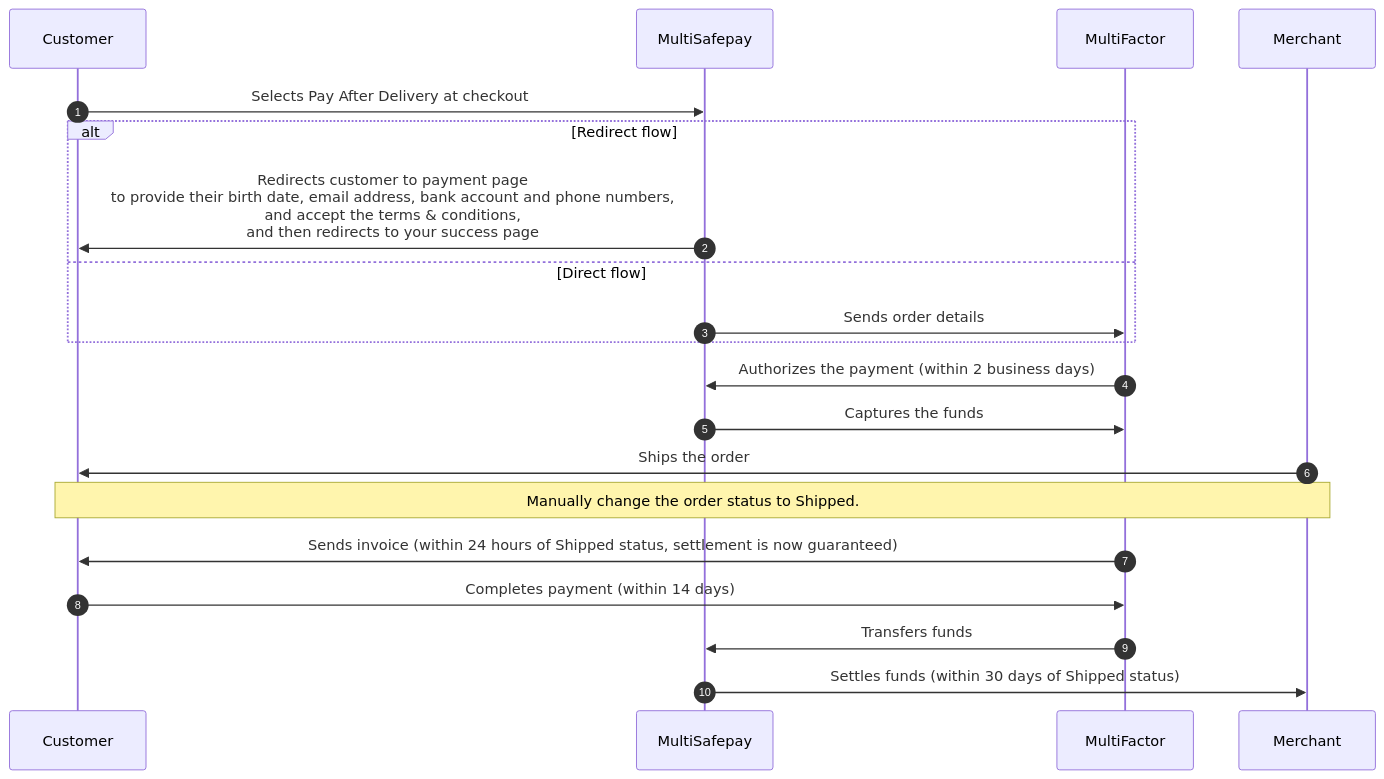
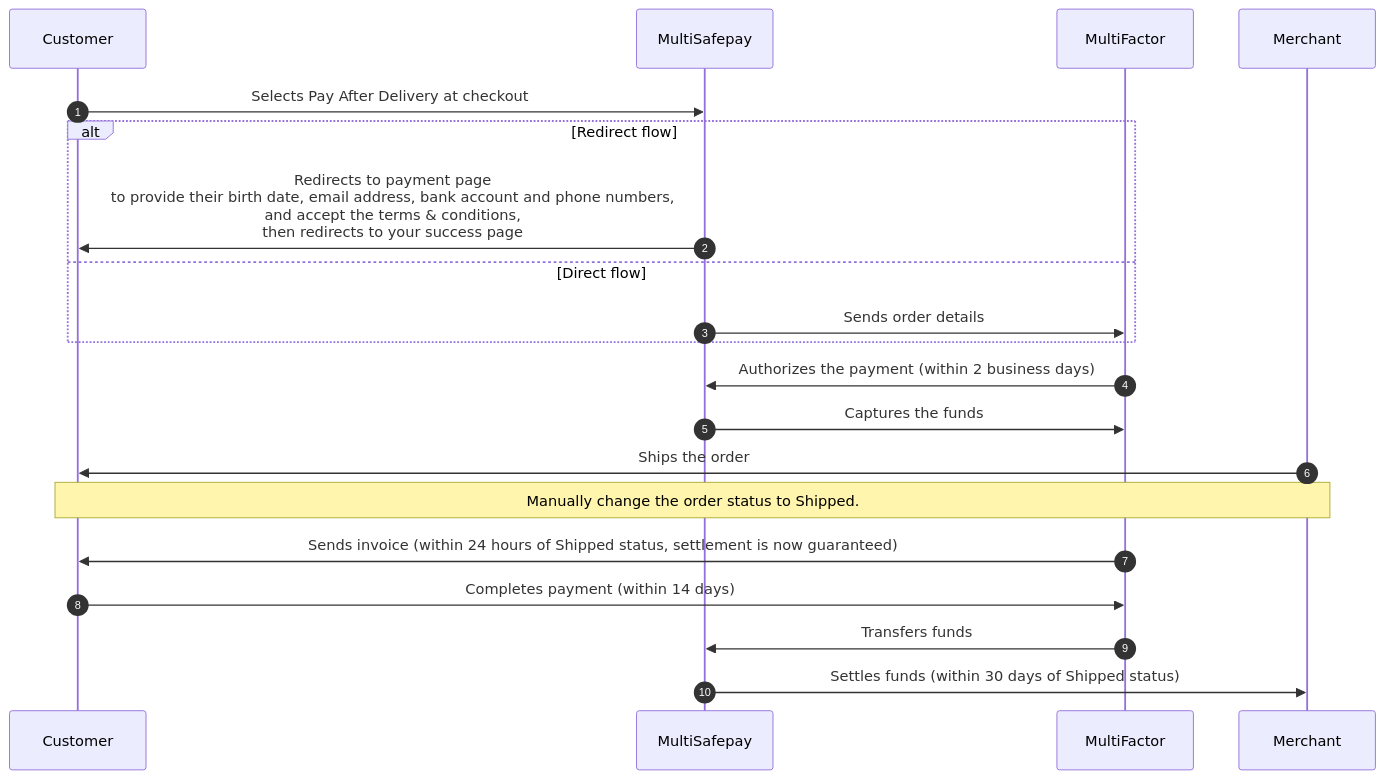
The diagram in content/payments/methods/pay-later/pay-after-delivery/payment-flow.md (MultiSafepay/docs), drawn with Mermaid before and after one commit. The commit also changed other lines of this file and 35 other files, not shown here.

```diff
--- a/content/payments/methods/pay-later/pay-after-delivery/payment-flow.md
+++ b/content/payments/methods/pay-later/pay-after-delivery/payment-flow.md
@@ -16,25 +16,25 @@
 {{< mermaid class="text-center" >}}
 
 sequenceDiagram
     autonumber
     participant C as Customer
     participant Mu as MultiSafepay
     participant MF as MultiFactor
     participant Me as Merchant
 
     C->>Mu: Selects Pay After Delivery at checkout
     alt Redirect flow
-    Mu->>C: Redirects customer to payment page <br> to provide their birth date, email address, bank account and phone numbers, <br> and accept the terms & conditions, <br> and then redirects to your success page
+    Mu->>C: Redirects to payment page <br> to provide their birth date, email address, bank account and phone numbers, <br> and accept the terms & conditions, <br> then redirects to your success page
     else Direct flow
     Mu->>MF: Sends order details
     end
     MF->>Mu: Authorizes the payment (within 2 business days)
     Mu->>MF: Captures the funds
     Me->>C: Ships the order
     Note over Me,C: Manually change the order status to Shipped.
     MF->>C: Sends invoice (within 24 hours of Shipped status, settlement is now guaranteed)
     C->>MF: Completes payment (within 14 days)
     MF->>Mu: Transfers funds 
     Mu->>Me: Settles funds (within 30 days of Shipped status)
 
 {{< /mermaid >}}
```
